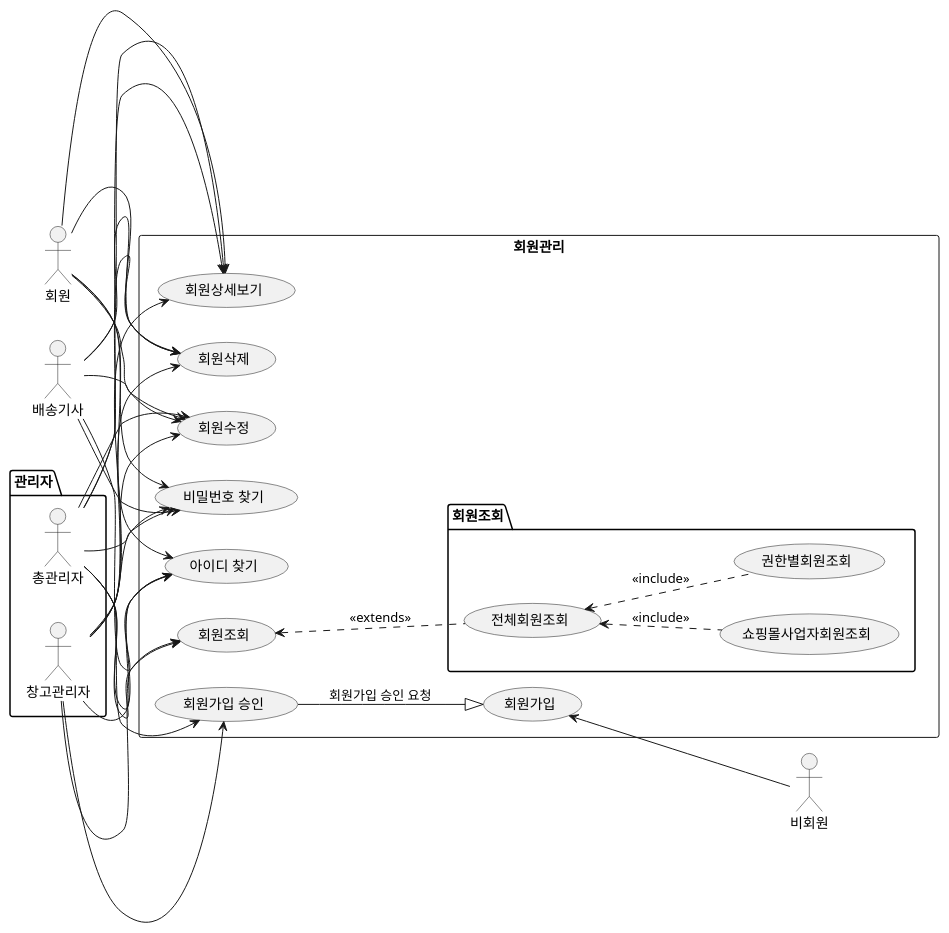
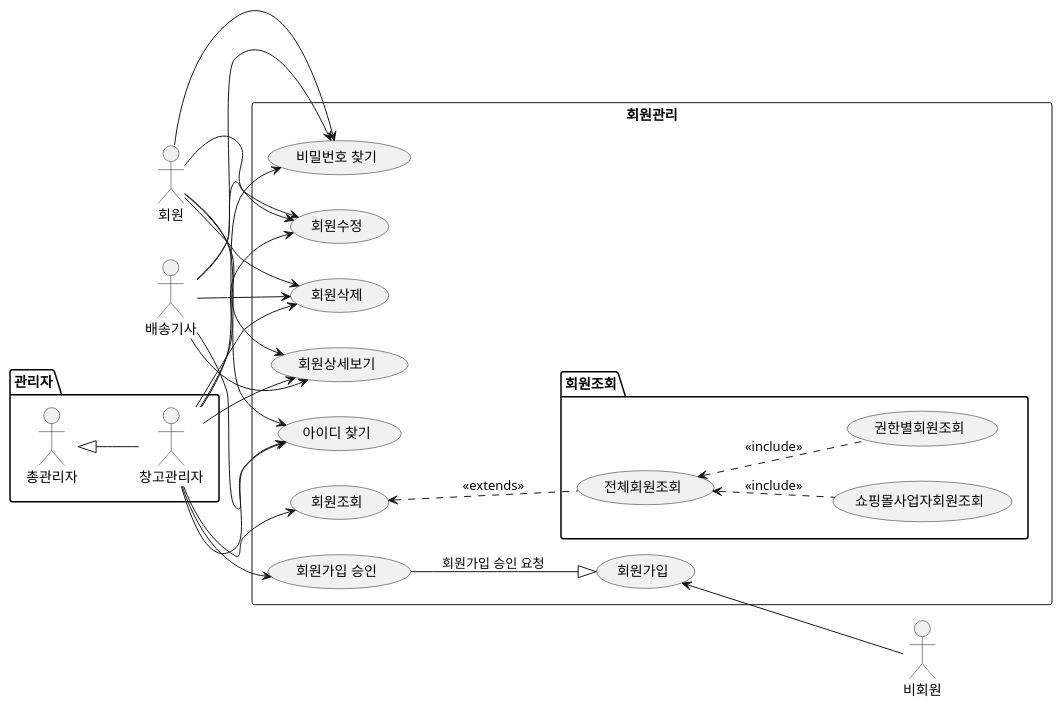
The diagram in src/first_team_project/use_case/CreateUser.puml (shin-heewon/java-advance), drawn with PlantUML before and after one commit. The commit also changed 2 other files, not shown here.

Commit message:
- 재고관리, 고객센터 plantUML 완료

```diff
--- a/src/first_team_project/use_case/CreateUser.puml
+++ b/src/first_team_project/use_case/CreateUser.puml
@@ -3,66 +3,67 @@
 @startuml
 
 
 left to right direction
 
 package "관리자"{
 actor "창고관리자" as wh_manager
 actor "총관리자" as Admin
 }
 
 actor "비회원" as unregisterd
 actor "회원" as user
 actor "배송기사" as delivery
 
 
 rectangle "회원관리"{
 
 usecase "회원가입 승인" as UC_Approve
 usecase "회원조회" as inquiry
 
 package "회원조회"{
 
+Admin<|-- wh_manager
 wh_manager-->inquiry
-Admin-->inquiry
+
 inquiry<..(전체회원조회):<<extends>>
 (전체회원조회)<..(권한별회원조회):<<include>>
 (전체회원조회)<..(쇼핑몰사업자회원조회):<<include>>
 }
 
 (회원가입)<--unregisterd
 '(회원가입) --> UC_Approve : 회원가입 승인 요청
-Admin --> UC_Approve
+
 wh_manager --> UC_Approve
 UC_Approve--|> (회원가입) : 회원가입 승인 요청
 
 
 
 
 user-->(회원수정)
 delivery-->(회원수정)
 wh_manager-->(회원수정)
-Admin-->(회원수정)
+
 
 
 user-->(회원삭제)
 delivery-->(회원삭제)
 wh_manager-->(회원삭제)
-Admin-->(회원삭제)
+
 '(회원수정)..>(회원삭제):<<extends>>
 
 user-->(아이디 찾기)
 delivery-->(아이디 찾기)
 wh_manager-->(아이디 찾기)
-Admin-->(아이디 찾기)
+
 
 user-->(비밀번호 찾기)
 delivery-->(비밀번호 찾기)
 wh_manager-->(비밀번호 찾기)
-Admin-->(비밀번호 찾기)
+
 
 user-->(회원상세보기)
 delivery-->(회원상세보기)
 wh_manager-->(회원상세보기)
-Admin-->(회원상세보기)
+
 }
 @enduml
```
